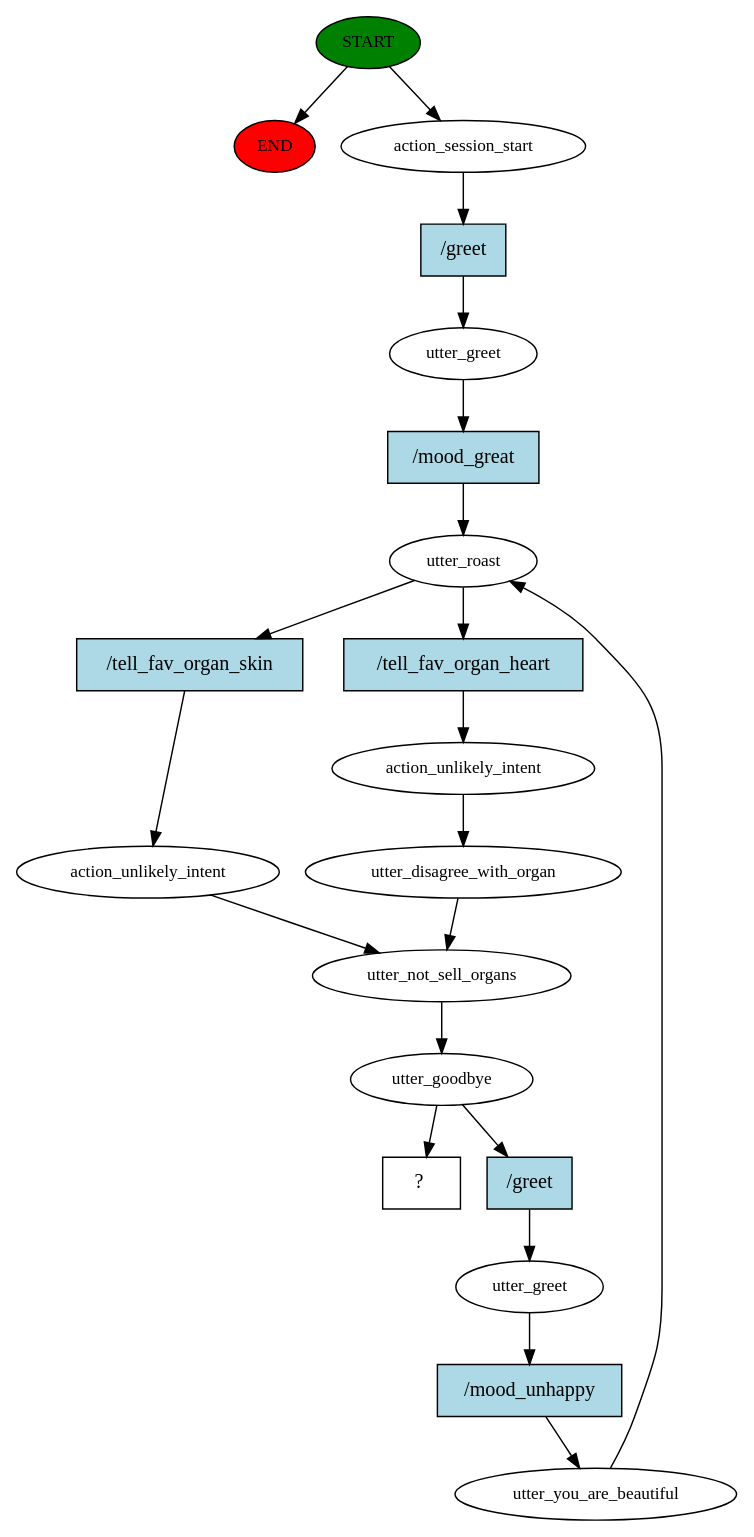
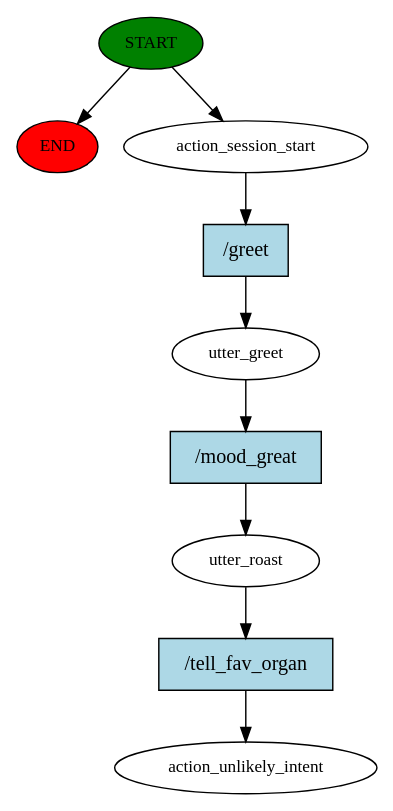
One commit to kaengurubeutel/RASA changed the diagram in story_graph.dot. Above: the diagram before and after it, drawn with Graphviz. The commit also changed 10 other files, not shown here.

```diff
--- a/story_graph.dot
+++ b/story_graph.dot
@@ -1,41 +1,19 @@
 digraph  {
 0 [class="start active", fillcolor=green, fontsize=12, label=START, style=filled];
 "-1" [class=end, fillcolor=red, fontsize=12, label=END, style=filled];
 1 [class=active, fontsize=12, label=action_session_start];
 2 [class=active, fontsize=12, label=utter_greet];
 3 [class=active, fontsize=12, label=utter_roast];
-4 [class=active, fontsize=12, label=action_unlikely_intent];
-5 [class=active, fontsize=12, label=utter_not_sell_organs];
-6 [class=active, fontsize=12, label=utter_goodbye];
-7 [class=active, fontsize=12, label=utter_greet];
-8 [class=active, fontsize=12, label=utter_you_are_beautiful];
-10 [class=active, fontsize=12, label=action_unlikely_intent];
-11 [class=active, fontsize=12, label=utter_disagree_with_organ];
-14 [class="intent dashed active", label="  ?  ", shape=rect];
-15 [class="intent active", fillcolor=lightblue, label="/greet", shape=rect, style=filled];
-16 [class="intent active", fillcolor=lightblue, label="/mood_great", shape=rect, style=filled];
-17 [class="intent active", fillcolor=lightblue, label="/tell_fav_organ_skin", shape=rect, style=filled];
-18 [class="intent active", fillcolor=lightblue, label="/tell_fav_organ_heart", shape=rect, style=filled];
-19 [class="intent active", fillcolor=lightblue, label="/greet", shape=rect, style=filled];
-20 [class="intent active", fillcolor=lightblue, label="/mood_unhappy", shape=rect, style=filled];
+4 [class="dashed active", fontsize=12, label=action_unlikely_intent];
+5 [class="intent active", fillcolor=lightblue, label="/greet", shape=rect, style=filled];
+6 [class="intent active", fillcolor=lightblue, label="/mood_great", shape=rect, style=filled];
+7 [class="intent active", fillcolor=lightblue, label="/tell_fav_organ", shape=rect, style=filled];
 0 -> "-1"  [class="", key=NONE, label=""];
 0 -> 1  [class=active, key=NONE, label=""];
-1 -> 15  [class=active, key=0];
-2 -> 16  [class=active, key=0];
-3 -> 17  [class=active, key=0];
-3 -> 18  [class=active, key=0];
-4 -> 5  [class=active, key=NONE, label=""];
-5 -> 6  [class=active, key=NONE, label=""];
-6 -> 14  [class=active, key=NONE, label=""];
-6 -> 19  [class=active, key=0];
-7 -> 20  [class=active, key=0];
-8 -> 3  [class=active, key=NONE, label=""];
-10 -> 11  [class=active, key=NONE, label=""];
-11 -> 5  [class=active, key=NONE, label=""];
-15 -> 2  [class=active, key=0];
-16 -> 3  [class=active, key=0];
-17 -> 4  [class=active, key=0];
-18 -> 10  [class=active, key=0];
-19 -> 7  [class=active, key=0];
-20 -> 8  [class=active, key=0];
+1 -> 5  [class=active, key=0];
+2 -> 6  [class=active, key=0];
+3 -> 7  [class=active, key=0];
+5 -> 2  [class=active, key=0];
+6 -> 3  [class=active, key=0];
+7 -> 4  [class=active, key=0];
 }
```
